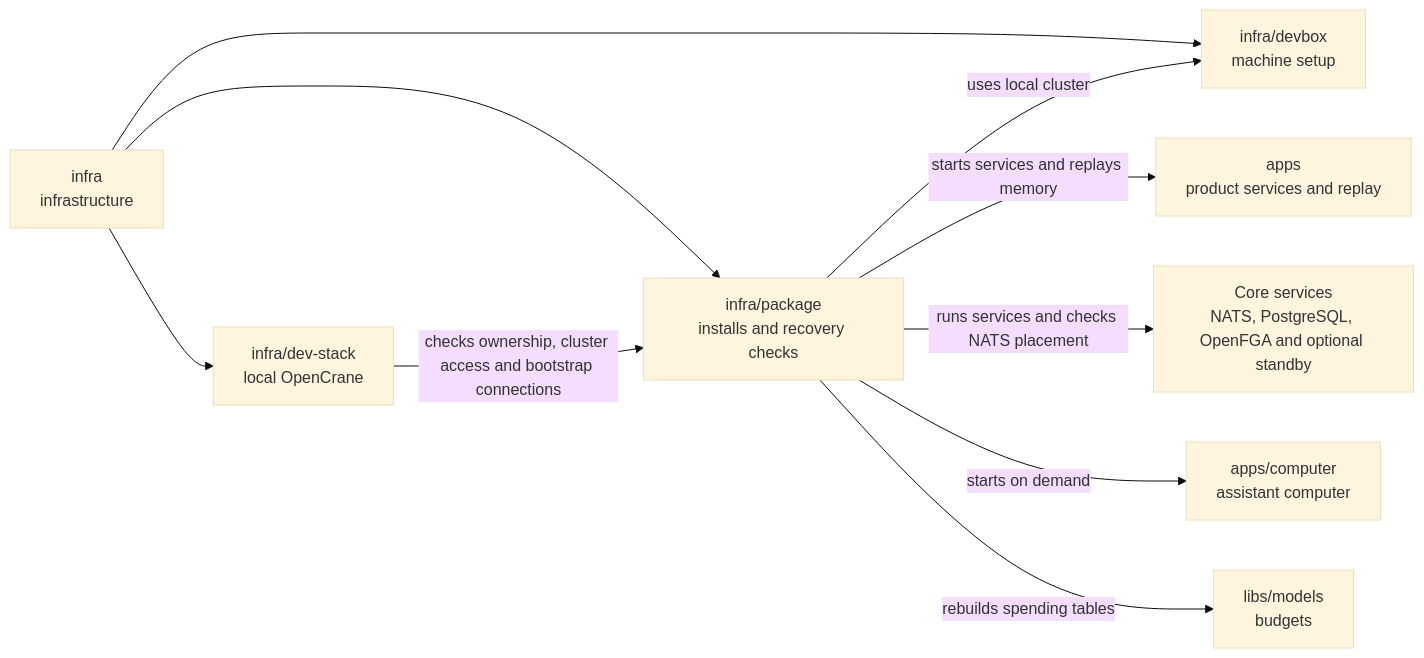
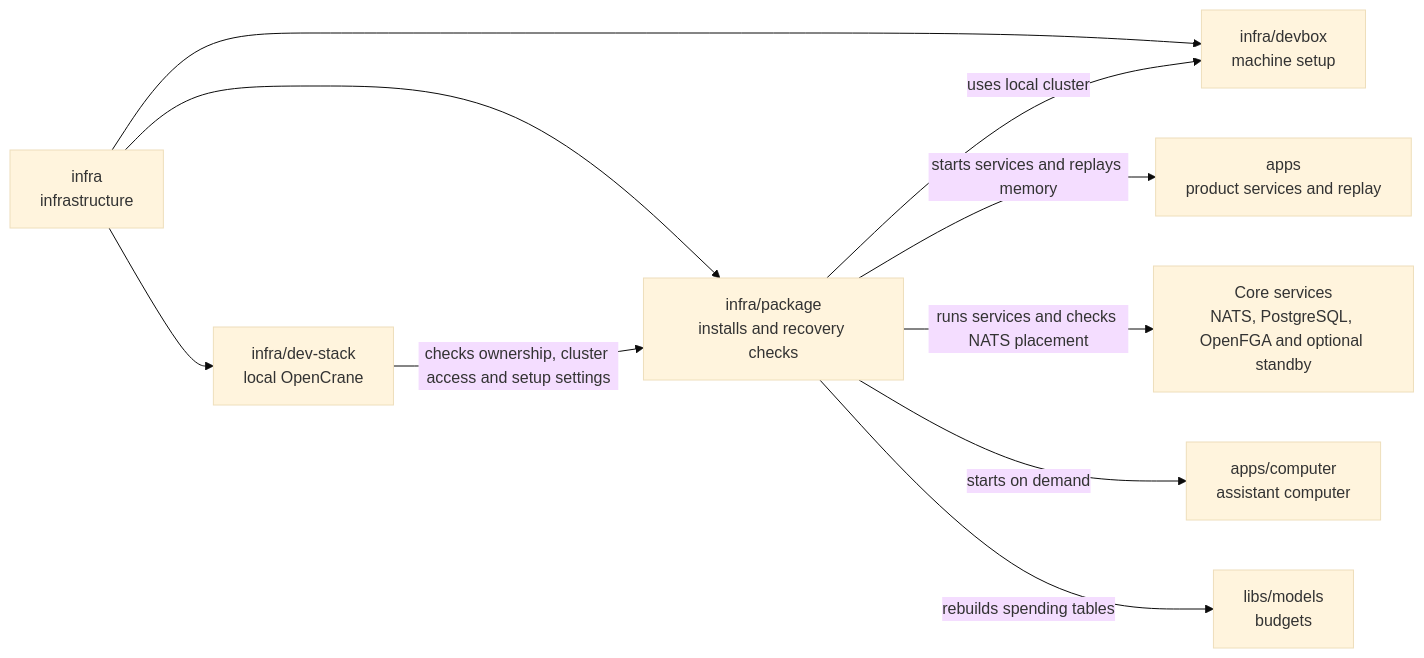
The diagram in infra/package/README.md (elewa-git/opencrane-new), drawn with Mermaid (base theme) before and after one commit. The commit also changed other lines of this file and 7 other files, not shown here.

````diff
--- a/infra/package/README.md
+++ b/infra/package/README.md
@@ -19,12 +19,12 @@
 ```mermaid
 flowchart LR
   infra["infra<br/>infrastructure"] --> package["infra/package<br/>installs and recovery checks"]
   infra --> stack["infra/dev-stack<br/>local OpenCrane"]
   infra --> devbox["infra/devbox<br/>machine setup"]
-  stack -->|checks ownership, cluster access and bootstrap connections| package
+  stack -->|checks ownership, cluster access and setup settings| package
   package -->|uses local cluster| devbox
   package -->|starts services and replays memory| apps["apps<br/>product services and replay"]
   package -->|runs services and checks NATS placement| services["Core services<br/>NATS, PostgreSQL, OpenFGA and optional standby"]
   package -->|starts on demand| computer["apps/computer<br/>assistant computer"]
   package -->|rebuilds spending tables| models["libs/models<br/>budgets"]
 ```
````
